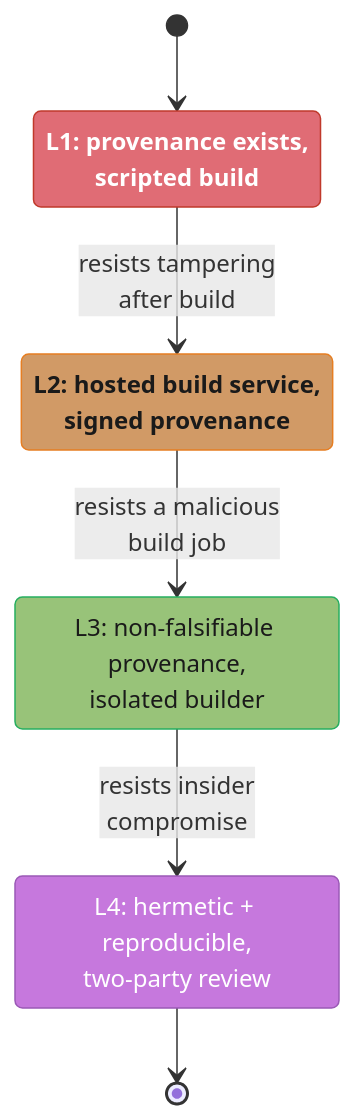
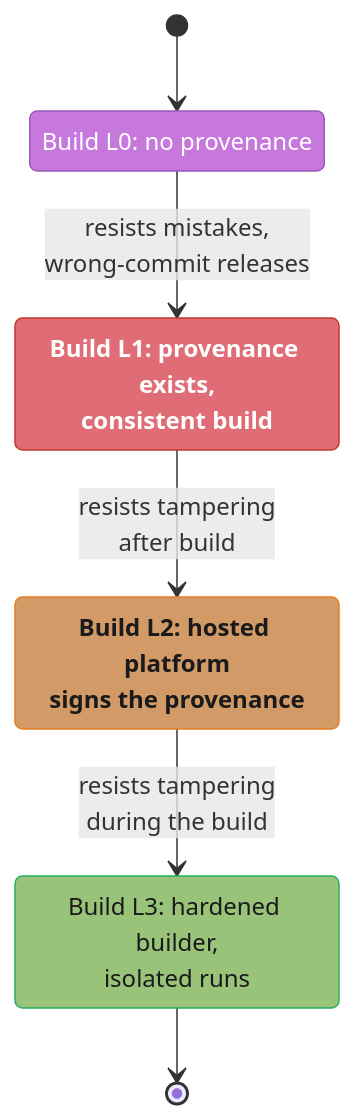
The first of 4 diagrams in src/main/java/com/rutik/systemdesign/devops/devsecops_and_supply_chain_security/devsecops_and_supply_chain_security.md (rppol/system-design), drawn with Mermaid before and after one commit. The commit also changed other lines of this file and 4 other files, not shown here.

````diff
--- a/src/main/java/com/rutik/systemdesign/devops/devsecops_and_supply_chain_security/devsecops_and_supply_chain_security.md
+++ b/src/main/java/com/rutik/systemdesign/devops/devsecops_and_supply_chain_security/devsecops_and_supply_chain_security.md
@@ -71,26 +71,26 @@
 ```mermaid
 stateDiagram-v2
     classDef io      fill:#61afef,stroke:#2e86c1,color:#1a1a1a,font-weight:bold
     classDef frozen  fill:#c678dd,stroke:#9b59b6,color:#fff
     classDef train   fill:#98c379,stroke:#27ae60,color:#1a1a1a
     classDef mathOp  fill:#d19a66,stroke:#e67e22,color:#1a1a1a,font-weight:bold
     classDef lossN   fill:#e06c75,stroke:#c0392b,color:#fff,font-weight:bold
     classDef req     fill:#56b6c2,stroke:#0097a7,color:#1a1a1a
     classDef base    fill:#e5c07b,stroke:#f39c12,color:#1a1a1a
 
-    state "L1: provenance exists,<br/>scripted build" as L1
-    state "L2: hosted build service,<br/>signed provenance" as L2
-    state "L3: non-falsifiable provenance,<br/>isolated builder" as L3
-    state "L4: hermetic + reproducible,<br/>two-party review" as L4
+    state "Build L0: no provenance" as L0
+    state "Build L1: provenance exists,<br/>consistent build" as L1
+    state "Build L2: hosted platform<br/>signs the provenance" as L2
+    state "Build L3: hardened builder,<br/>isolated runs" as L3
 
-    [*] --> L1
+    [*] --> L0
+    L0 --> L1: resists mistakes,<br/>wrong-commit releases
     L1 --> L2: resists tampering<br/>after build
-    L2 --> L3: resists a malicious<br/>build job
-    L3 --> L4: resists insider<br/>compromise
-    L4 --> [*]
+    L2 --> L3: resists tampering<br/>during the build
+    L3 --> [*]
 
+    class L0 frozen
     class L1 lossN
     class L2 mathOp
     class L3 train
-    class L4 frozen
 ```
````
